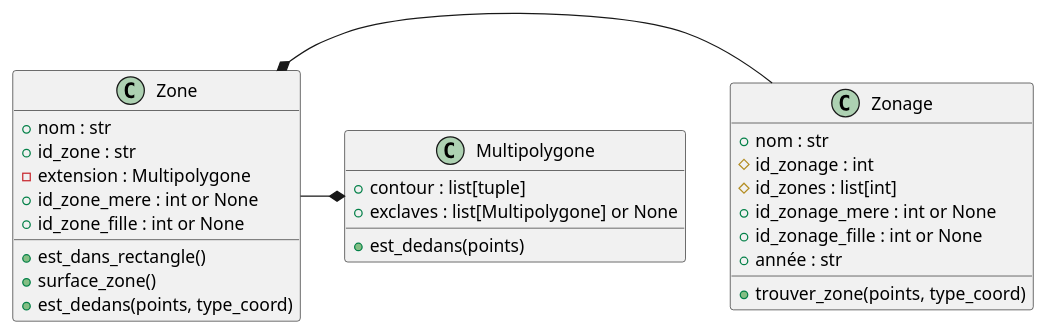
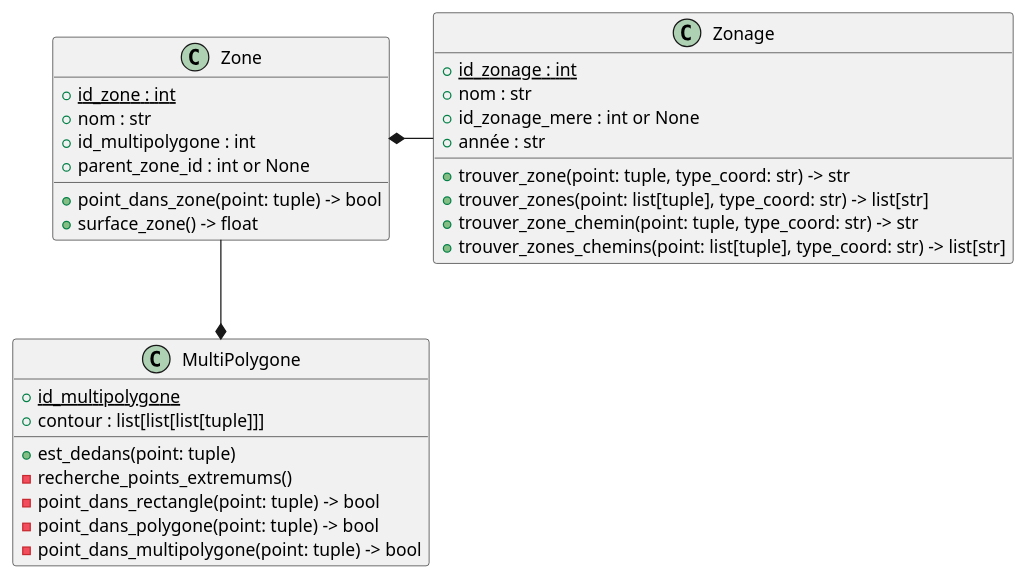
One commit to antoni-guardia/ENSAI_ProjetInfo2A changed the diagram in doc/diagrammes/diagramme_classes.md. Above: the diagram before and after it, drawn with PlantUML. The commit also changed 2 other files, not shown here.

Commit message:
diagramme des classes + creation tables sql

```diff
--- a/doc/diagrammes/diagramme_classes.md
+++ b/doc/diagrammes/diagramme_classes.md
@@ -1,32 +1,40 @@
 @startuml
 
 class Zone {
- +nom : str
- +id_zone : str
- -extension : Multipolygone
- +id_zone_mere : int or None
- +id_zone_fille : int or None
- +est_dans_rectangle()
- +surface_zone()
- +est_dedans(points, type_coord)
+ + {Static} id_zone : int
+ + nom : str
+ + id_multipolygone : int
+ + parent_zone_id : int or None
+ + point_dans_zone(point: tuple) -> bool
+ + surface_zone() -> float 
  }
- 
- class Zonage {
- +nom : str
- #id_zonage : int
- #id_zones : list[int]
- +id_zonage_mere : int or None
- +id_zonage_fille : int or None
- +année : str
- +trouver_zone(points, type_coord)
+
+class Zonage {
+ + {Static} id_zonage : int
+ + nom : str
+ + id_zonage_mere : int or None
+ + année : str
+ + trouver_zone(point: tuple, type_coord: str) -> str
+ + trouver_zones(point: list[tuple], type_coord: str) -> list[str]
+ + trouver_zone_chemin(point: tuple, type_coord: str) -> str
+ + trouver_zones_chemins(point: list[tuple], type_coord: str) -> list[str]
  }
- 
- class Multipolygone{
- + contour : list[tuple]
- + exclaves : list[Multipolygone] or None 
- + est_dedans(points)
+
+class MultiPolygone{
+ + {Static} id_multipolygone
+ + contour : list[list[list[tuple]]]
+ + est_dedans(point: tuple)
+ - recherche_points_extremums()
+ - point_dans_rectangle(point: tuple) -> bool
+ - point_dans_polygone(point: tuple) -> bool
+ - point_dans_multipolygone(point: tuple) -> bool
  }
- 
- Zone *- Zonage
- Zone -* Multipolygone
+
+
+
+
+Zone -down-* MultiPolygone
+Zone *- Zonage
+
+
 @enduml
```
